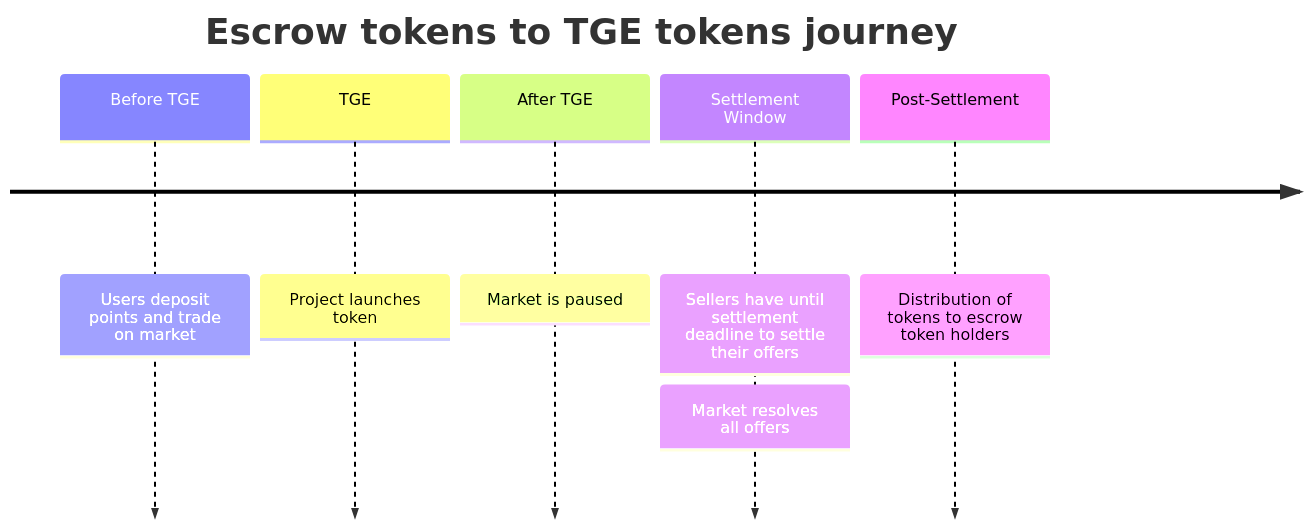
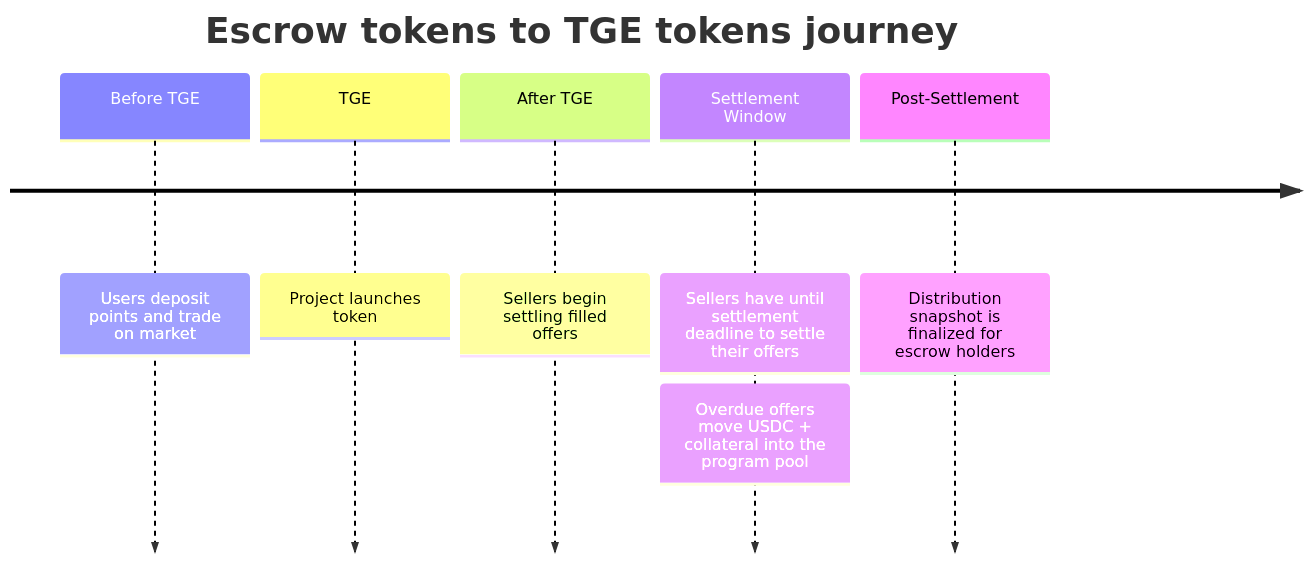
The diagram in architecture/program-settlement.mdx (0xPortalLabs/docs), drawn with Mermaid before and after one commit. The commit also changed other lines of this file and 7 other files, not shown here.

Commit message:
escrowable markets + collateral weighted escrow token minting

````diff
--- a/architecture/program-settlement.mdx
+++ b/architecture/program-settlement.mdx
@@ -25,9 +26,9 @@
 ```mermaid
   timeline title Escrow tokens to TGE tokens journey
   Before TGE : Users deposit points and trade on market
   TGE : Project launches token
-  After TGE : Market is paused
+  After TGE : Sellers begin settling filled offers
   Settlement Window : Sellers have until settlement deadline to settle their offers
-                    : Market resolves all offers
-  Post-Settlement : Distribution of tokens to escrow token holders
+                    : Overdue offers move USDC + collateral into the program pool
+  Post-Settlement : Distribution snapshot is finalized for escrow holders
 ```
````
